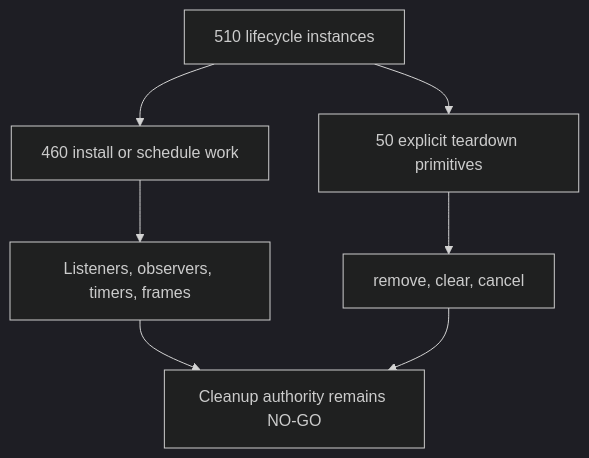
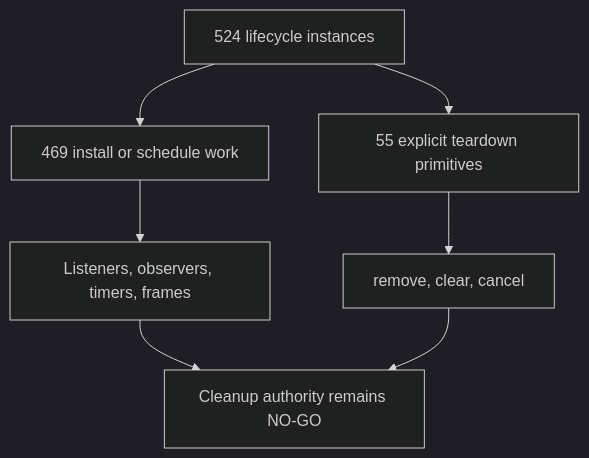
The first of 47 diagrams in docs/audit/FILTERTUBE_LIFECYCLE_INSTANCE_REGISTER_2026-05-18.md (varshneydevansh/FilterTube), drawn with Mermaid (dark theme) before and after one commit. The commit also changed other lines of this file and 8 other files, not shown here.

````diff
--- a/docs/audit/FILTERTUBE_LIFECYCLE_INSTANCE_REGISTER_2026-05-18.md
+++ b/docs/audit/FILTERTUBE_LIFECYCLE_INSTANCE_REGISTER_2026-05-18.md
@@ -120,9 +120,9 @@
 ```mermaid
 flowchart TD
-  A["510 lifecycle instances"] --> B["460 install or schedule work"]
-  A --> C["50 explicit teardown primitives"]
+  A["524 lifecycle instances"] --> B["469 install or schedule work"]
+  A --> C["55 explicit teardown primitives"]
   B --> D["Listeners, observers, timers, frames"]
   C --> E["remove, clear, cancel"]
   D --> F["Cleanup authority remains NO-GO"]
   E --> F
 ```
````
